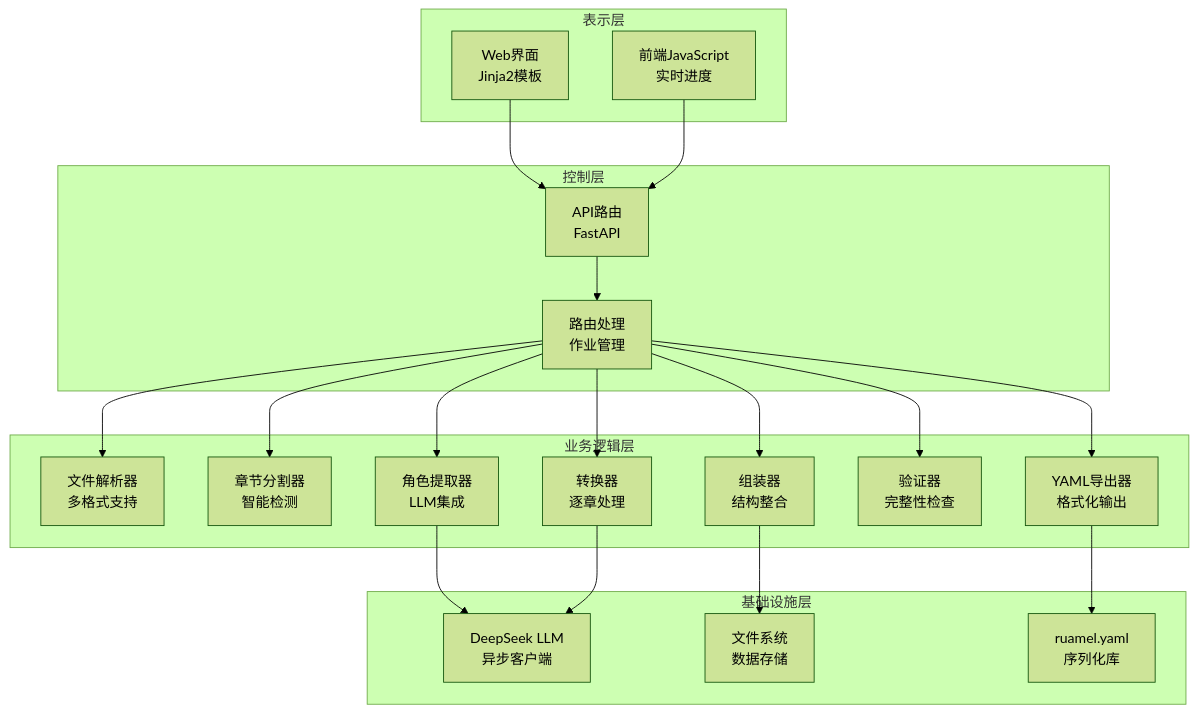
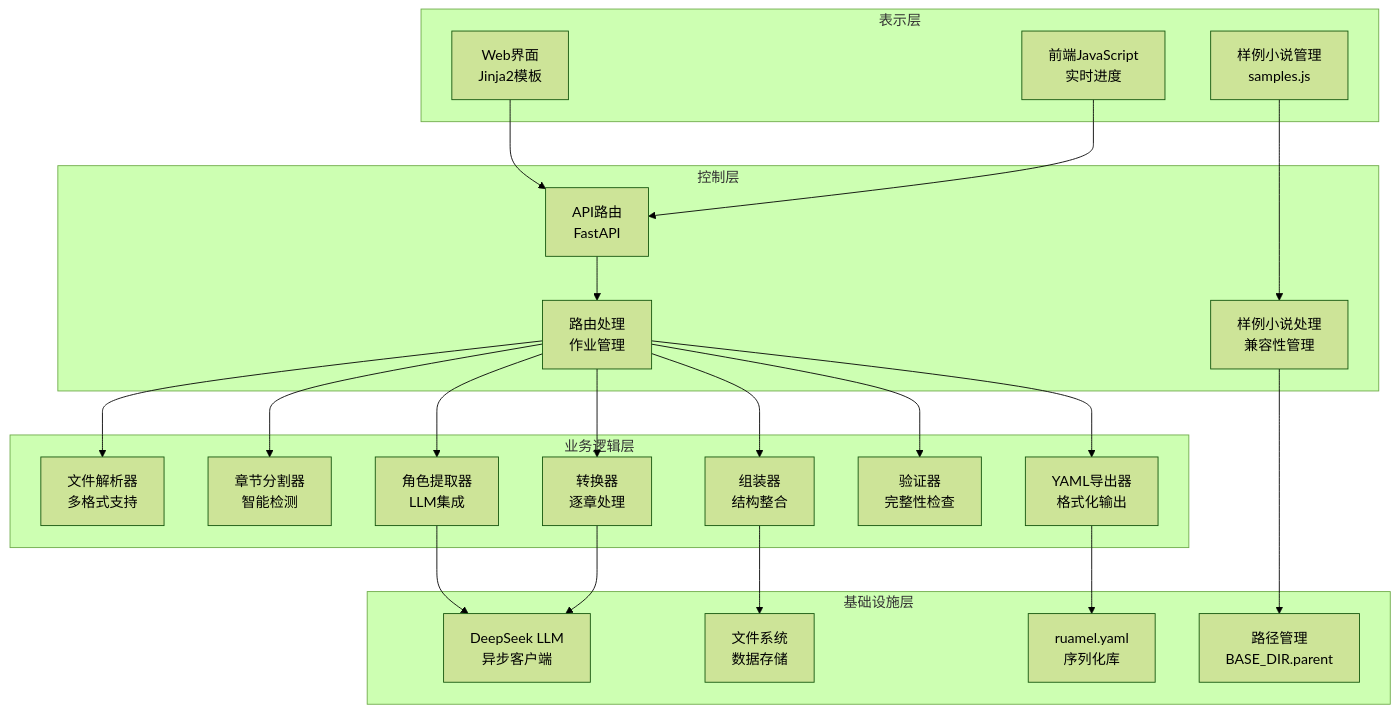
Before and after one commit to tjujingzong/Novel-to-Screenplay: the second of 12 diagrams in .qoder/repowiki/zh/content/核心服务模块/样例小说系统.md, drawn with Mermaid (forest theme). The commit also changed other lines of this file and 14 other files, not shown here.

````diff
--- a/.qoder/repowiki/zh/content/核心服务模块/样例小说系统.md
+++ b/.qoder/repowiki/zh/content/核心服务模块/样例小说系统.md
@@ -119,39 +145,44 @@
 ```mermaid
 graph TB
 subgraph "表示层"
 UI[Web界面<br/>Jinja2模板]
 JS[前端JavaScript<br/>实时进度]
+JS2[样例小说管理<br/>samples.js]
 end
 subgraph "控制层"
 API[API路由<br/>FastAPI]
 ROUTES[路由处理<br/>作业管理]
+SAMPLES[样例小说处理<br/>兼容性管理]
 end
 subgraph "业务逻辑层"
 PARSER[文件解析器<br/>多格式支持]
 SPLITTER[章节分割器<br/>智能检测]
 CHAR_EX[角色提取器<br/>LLM集成]
 CONVERTER[转换器<br/>逐章处理]
 ASSEMBLER[组装器<br/>结构整合]
 VALIDATOR[验证器<br/>完整性检查]
 EXPORTER[YAML导出器<br/>格式化输出]
 end
 subgraph "基础设施层"
 LLM[DeepSeek LLM<br/>异步客户端]
 FS[文件系统<br/>数据存储]
 YAML[ruamel.yaml<br/>序列化库]
+BASE_DIR[路径管理<br/>BASE_DIR.parent]
 end
 UI --> API
 JS --> API
+JS2 --> SAMPLES
 API --> ROUTES
 ROUTES --> PARSER
 ROUTES --> SPLITTER
 ROUTES --> CHAR_EX
 ROUTES --> CONVERTER
 ROUTES --> ASSEMBLER
 ROUTES --> VALIDATOR
 ROUTES --> EXPORTER
+SAMPLES --> BASE_DIR
 CHAR_EX --> LLM
 CONVERTER --> LLM
 ASSEMBLER --> FS
 EXPORTER --> YAML
 ```
````
